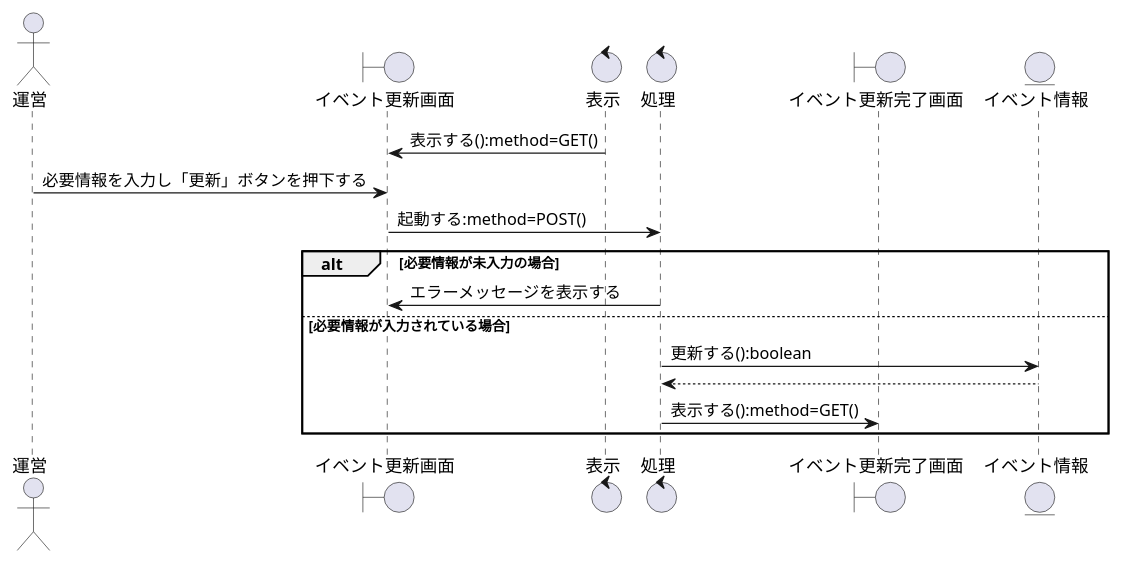
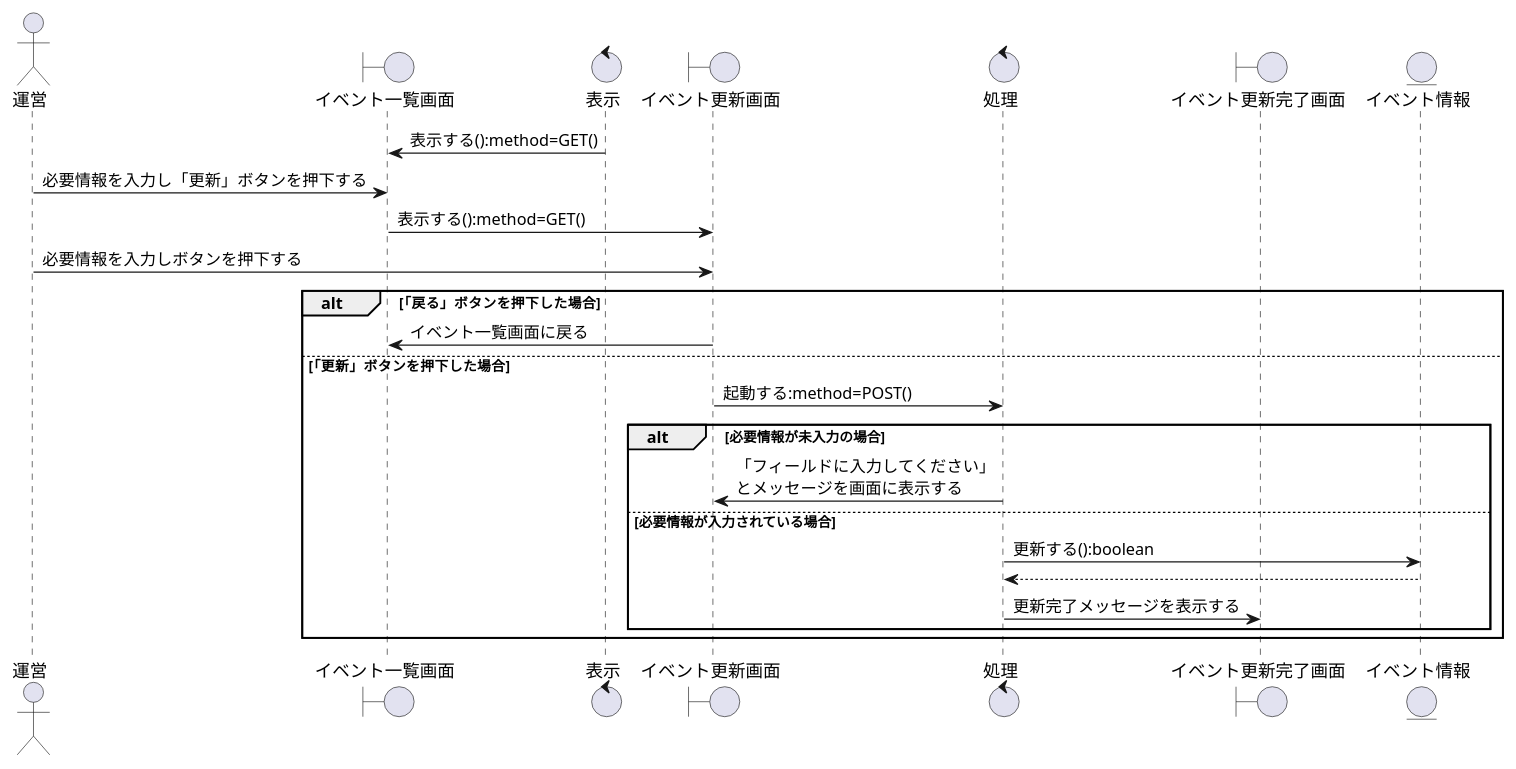
Before and after one commit to K-Rinrin/GroupE: the diagram in お城/お城/設計書/シーケンス図/運営/イベント情報機能/シーケンス図_運営がイベント情報を更新する.pu, drawn with PlantUML. The commit also changed 11 other files, not shown here.

```diff
--- a/お城/お城/設計書/シーケンス図/運営/イベント情報機能/シーケンス図_運営がイベント情報を更新する.pu
+++ b/お城/お城/設計書/シーケンス図/運営/イベント情報機能/シーケンス図_運営がイベント情報を更新する.pu
@@ -1,29 +1,36 @@
 @startuml 運営がイベント情報を更新する
 
 
 ' ========================================
 ' 登場モノの定義
 ' ========================================
 actor "運営" as Operator
-boundary "イベント更新画面" as b1
+boundary "イベント一覧画面" as b1
 control "表示" as c1
+boundary "イベント更新画面" as b2
 control "処理" as c2
-boundary "イベント更新完了画面" as b2
+boundary "イベント更新完了画面" as b3
 entity "イベント情報" as e1
 
 ' ========================================
 ' シーケンスの流れ
 ' ========================================
 
 c1 -> b1 : 表示する():method=GET()
 Operator -> b1 : 必要情報を入力し「更新」ボタンを押下する
-b1 -> c2 : 起動する:method=POST()
-alt 必要情報が未入力の場合
-    c2 -> b1 : エラーメッセージを表示する
-else 必要情報が入力されている場合
-    c2 -> e1 : 更新する():boolean
-    e1 --> c2
-    c2 -> b2 : 表示する():method=GET()
+b1 -> b2 : 表示する():method=GET()
+Operator -> b2 : 必要情報を入力しボタンを押下する
+alt 「戻る」ボタンを押下した場合
+    b2 -> b1 : イベント一覧画面に戻る
+else 「更新」ボタンを押下した場合
+    b2 -> c2 : 起動する:method=POST()
+    alt 必要情報が未入力の場合
+        c2 -> b2 : 「フィールドに入力してください」\nとメッセージを画面に表示する
+    else 必要情報が入力されている場合
+        c2 -> e1 : 更新する():boolean
+        e1 --> c2
+        c2 -> b3 : 更新完了メッセージを表示する
+    end
 end
 
 @enduml
```
